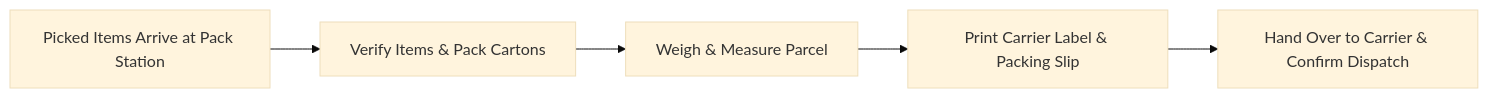
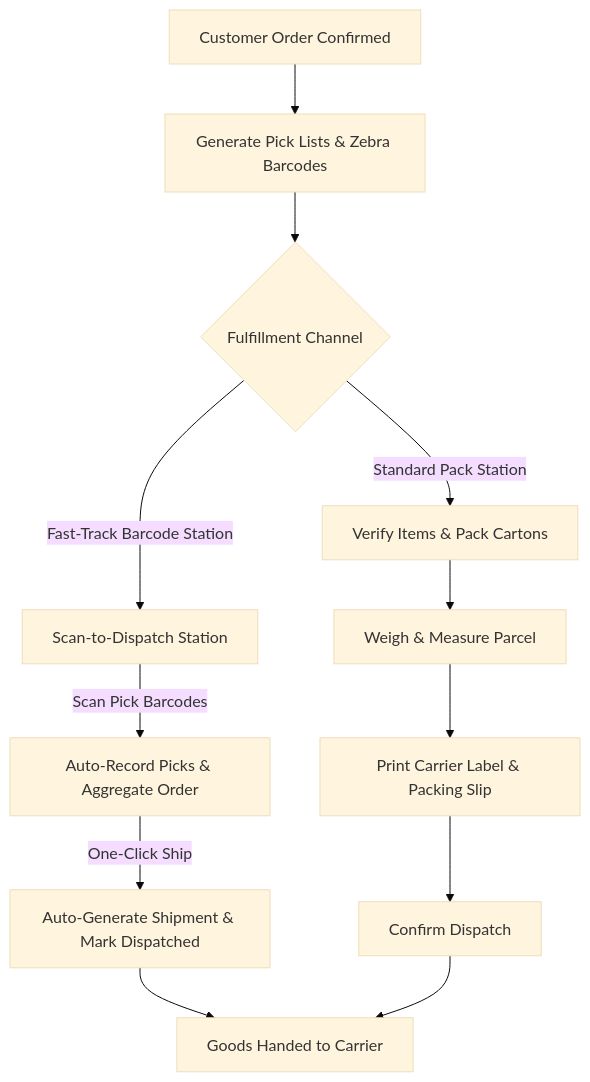
Before and after one commit to herobmdotcom/herobm: the diagram in docs/user/shipping.md, drawn with Mermaid (base theme). The commit also changed other lines of this file and 84 other files, not shown here.

````diff
--- a/docs/user/shipping.md
+++ b/docs/user/shipping.md
@@ -32,7 +42,14 @@
 ```mermaid
-flowchart LR
-    A[Picked Items Arrive at Pack Station] --> B[Verify Items & Pack Cartons]
-    B --> C[Weigh & Measure Parcel]
-    C --> D[Print Carrier Label & Packing Slip]
-    D --> E[Hand Over to Carrier & Confirm Dispatch]
+flowchart TD
+    A[Customer Order Confirmed] --> B[Generate Pick Lists & Zebra Barcodes]
+    B --> C{Fulfillment Channel}
+    C -->|Fast-Track Barcode Station| D[Scan-to-Dispatch Station]
+    C -->|Standard Pack Station| E[Verify Items & Pack Cartons]
+    D -->|Scan Pick Barcodes| F[Auto-Record Picks & Aggregate Order]
+    F -->|One-Click Ship| G[Auto-Generate Shipment & Mark Dispatched]
+    E --> H[Weigh & Measure Parcel]
+    H --> I[Print Carrier Label & Packing Slip]
+    I --> J[Confirm Dispatch]
+    G --> K[Goods Handed to Carrier]
+    J --> K
 ```
````
